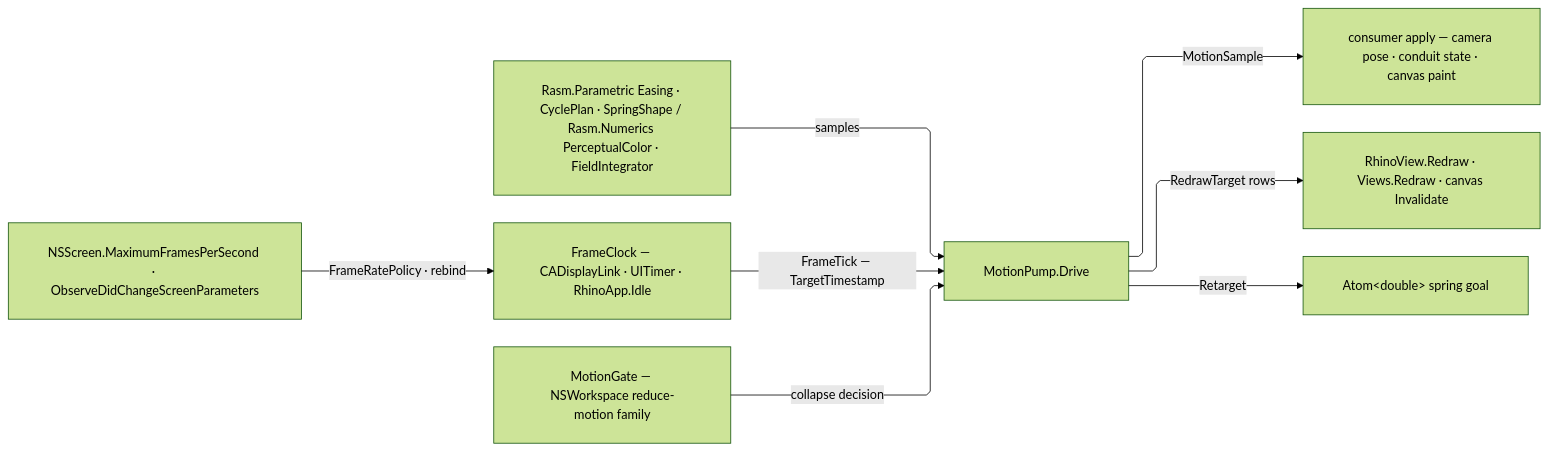
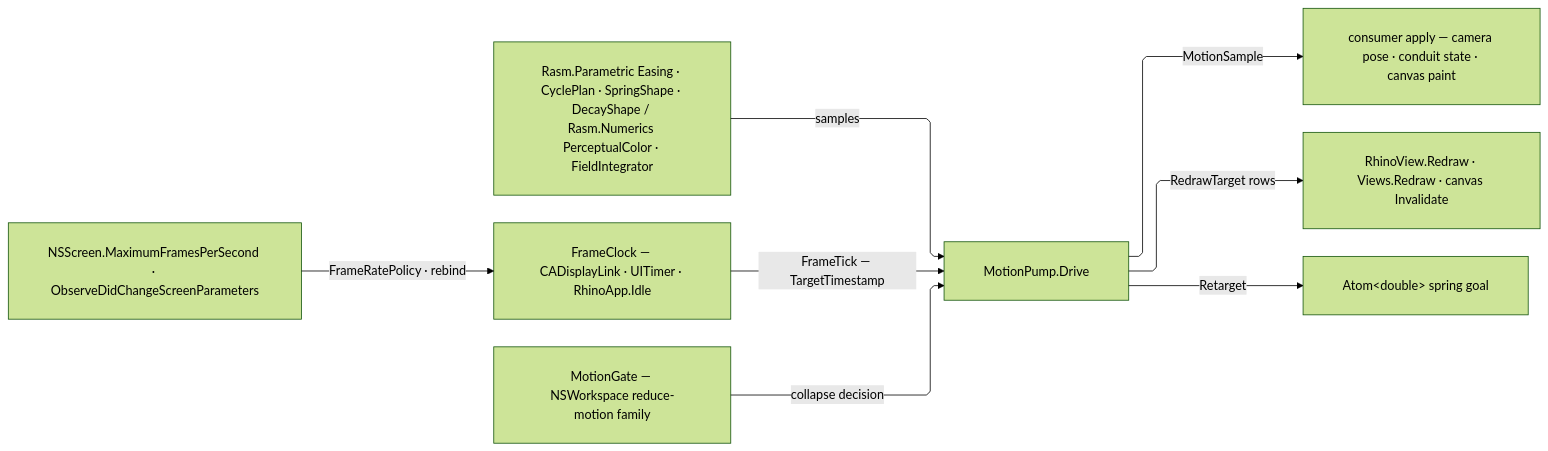
The diagram in libs/csharp/Rasm.Rhino/.planning/Viewport/motion.md (bsamiee/Rasm), drawn with Mermaid (forest theme) before and after one commit. The commit also changed other lines of this file and 103 other files, not shown here.

````diff
--- a/libs/csharp/Rasm.Rhino/.planning/Viewport/motion.md
+++ b/libs/csharp/Rasm.Rhino/.planning/Viewport/motion.md
@@ -694,19 +722,19 @@
 ```mermaid
 ---
 config:
   layout: elk
   flowchart:
     curve: linear
     padding: 25
 ---
 flowchart LR
     accTitle: Rhino viewport motion pump
-    accDescr: Kernel easing, cycle, spring, and field samplers feeding the motion pump beside the frame-clock tick and the reduce-motion gate, screen refresh policy rebinding the clock, and the pump landing samples on consumer apply, redraw targets, and the spring retarget.
-    Kernel["Rasm.Parametric Easing · CyclePlan · SpringShape / Rasm.Numerics PerceptualColor · FieldIntegrator"] -->|samples| Pump["MotionPump.Drive"]
+    accDescr: Kernel easing, cycle, spring, decay, and field samplers feeding the motion pump beside the frame-clock tick and the reduce-motion gate, screen refresh policy rebinding the clock, and the pump landing samples on consumer apply, redraw targets, and the spring retarget.
+    Kernel["Rasm.Parametric Easing · CyclePlan · SpringShape · DecayShape / Rasm.Numerics PerceptualColor · FieldIntegrator"] -->|samples| Pump["MotionPump.Drive"]
     Clock["FrameClock — CADisplayLink · UITimer · RhinoApp.Idle"] -->|FrameTick — TargetTimestamp| Pump
     Gate["MotionGate — NSWorkspace reduce-motion family"] -->|collapse decision| Pump
     Screen["NSScreen.MaximumFramesPerSecond · ObserveDidChangeScreenParameters"] -->|FrameRatePolicy · rebind| Clock
     Pump -->|MotionSample| Apply["consumer apply — camera pose · conduit state · canvas paint"]
     Pump -->|RedrawTarget rows| Land["RhinoView.Redraw · Views.Redraw · canvas Invalidate"]
     Pump -->|Retarget| Spring["Atom&lt;double&gt; spring goal"]
 ```
````
